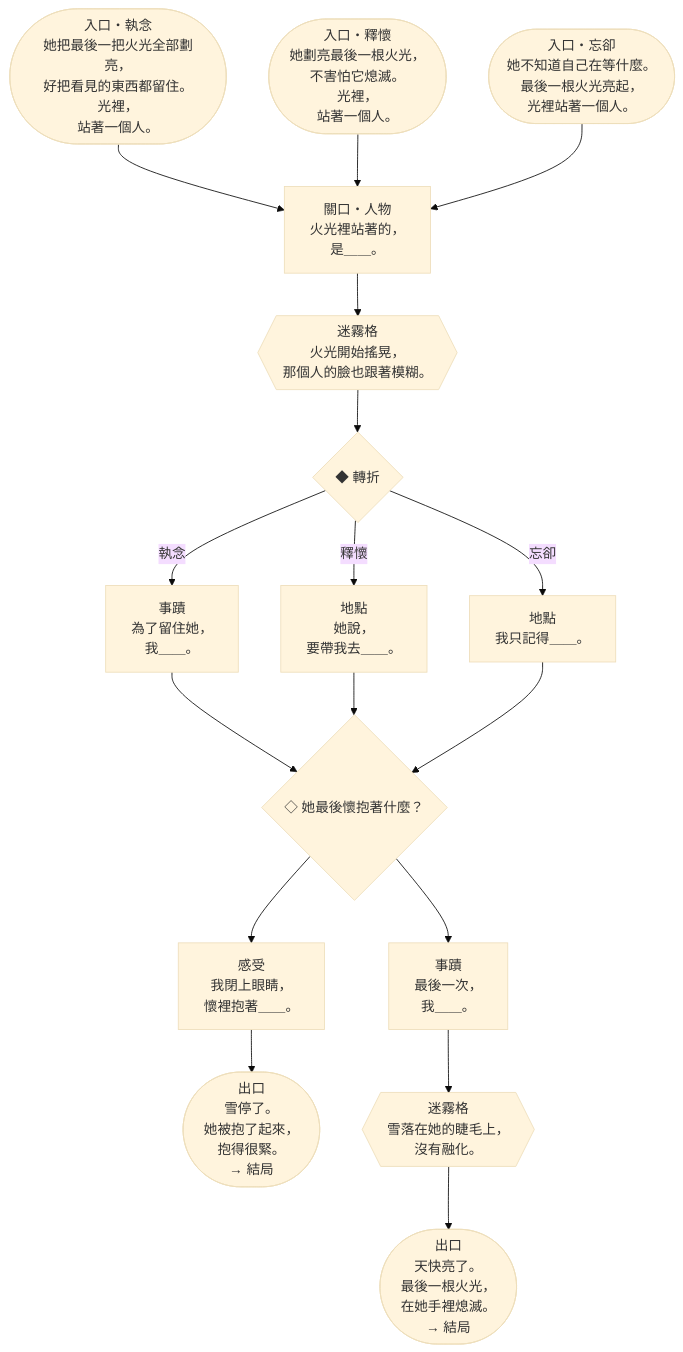
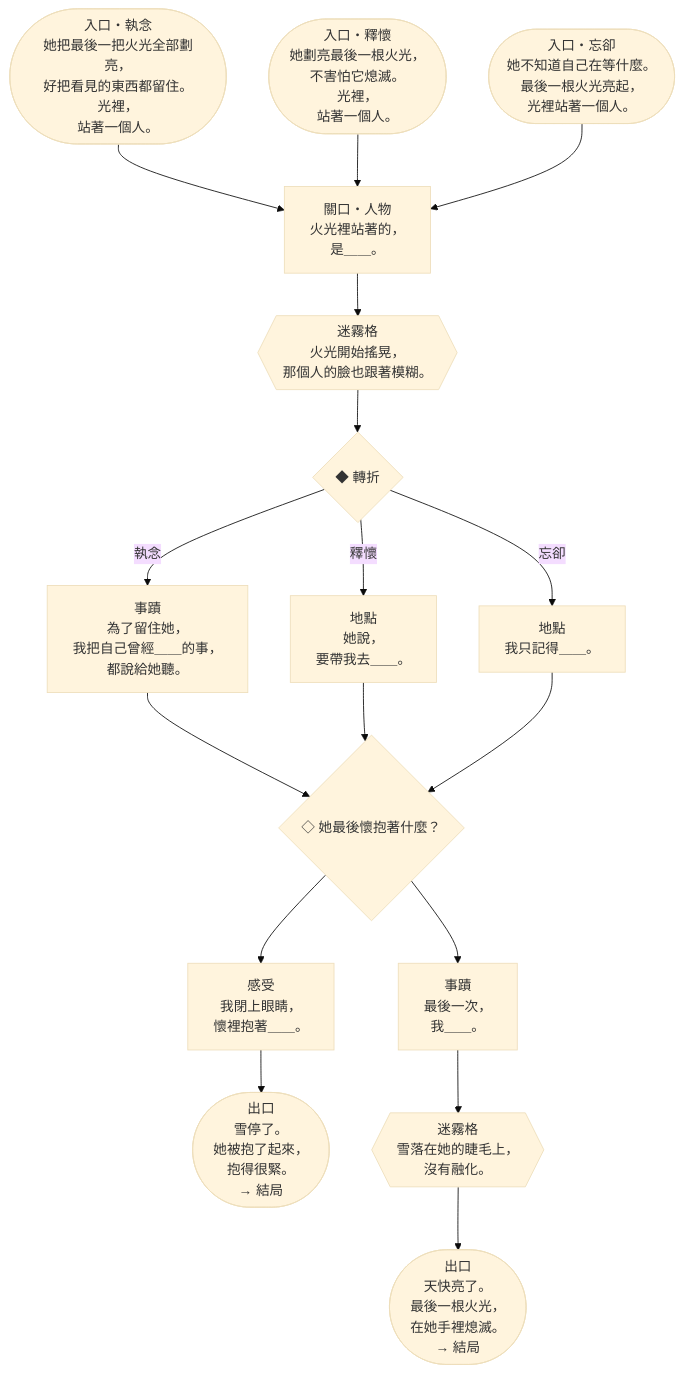
The third of 15 diagrams in docs/design/V5-storybooks.zh-TW.md (Ralph-Liu-Hub/Boardgame-Netherbloom), drawn with Mermaid (base theme) before and after one commit. The commit also changed other lines of this file and 4 other files, not shown here.

````diff
--- a/docs/design/V5-storybooks.zh-TW.md
+++ b/docs/design/V5-storybooks.zh-TW.md
@@ -311,31 +311,31 @@
 ```mermaid
 flowchart TD
   c2E0(["入口・執念<br>她把最後一把火光全部劃亮，<br>好把看見的東西都留住。<br>光裡，<br>站著一個人。"]) --> c2a
   c2E1(["入口・釋懷<br>她劃亮最後一根火光，<br>不害怕它熄滅。<br>光裡，<br>站著一個人。"]) --> c2a
   c2E2(["入口・忘卻<br>她不知道自己在等什麼。<br>最後一根火光亮起，<br>光裡站著一個人。"]) --> c2a
   c2a["關口・人物<br>火光裡站著的，<br>是＿＿。"]
   c2a --> c2x1
   c2x1{{"迷霧格<br>火光開始搖晃，<br>那個人的臉也跟著模糊。"}}
   c2x1 --> c2f
   c2f{"◆ 轉折"}
   c2f -- 執念 --> c2c1
   c2f -- 釋懷 --> c2c2
   c2f -- 忘卻 --> c2c3
-  c2c1["事蹟<br>為了留住她，<br>我＿＿。"]
+  c2c1["事蹟<br>為了留住她，<br>我把自己曾經＿＿的事，<br>都說給她聽。"]
   c2c1 --> c2p1
   c2c2["地點<br>她說，<br>要帶我去＿＿。"]
   c2c2 --> c2p1
   c2c3["地點<br>我只記得＿＿。"]
   c2c3 --> c2p1
   c2p1{"◇ 她最後懷抱著什麼？"}
   c2p1 --> c2d1
   c2p1 --> c2d2
   c2d1["感受<br>我閉上眼睛，<br>懷裡抱著＿＿。"]
   c2d1 --> c2o1
   c2d2["事蹟<br>最後一次，<br>我＿＿。"]
   c2d2 --> c2x2
   c2x2{{"迷霧格<br>雪落在她的睫毛上，<br>沒有融化。"}}
   c2x2 --> c2o2
   c2o1(["出口<br>雪停了。<br>她被抱了起來，<br>抱得很緊。<br>→ 結局"])
   c2o2(["出口<br>天快亮了。<br>最後一根火光，<br>在她手裡熄滅。<br>→ 結局"])
 ```
````
